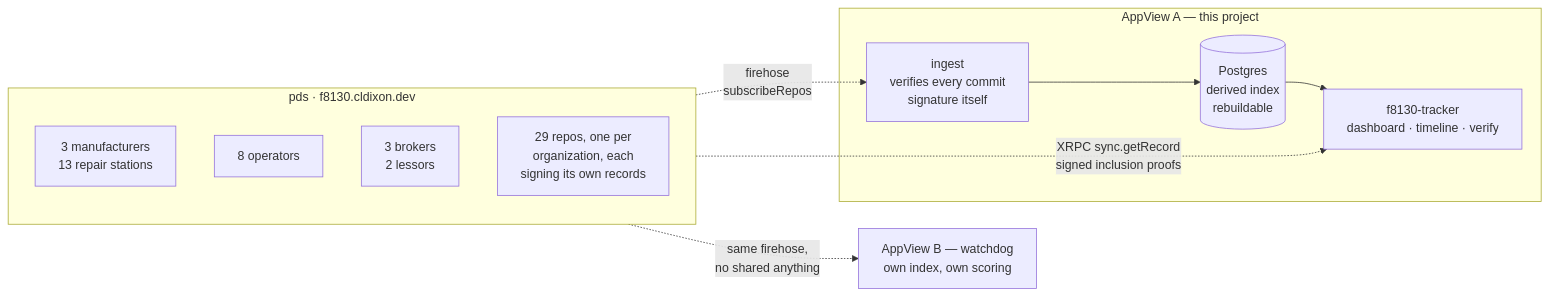
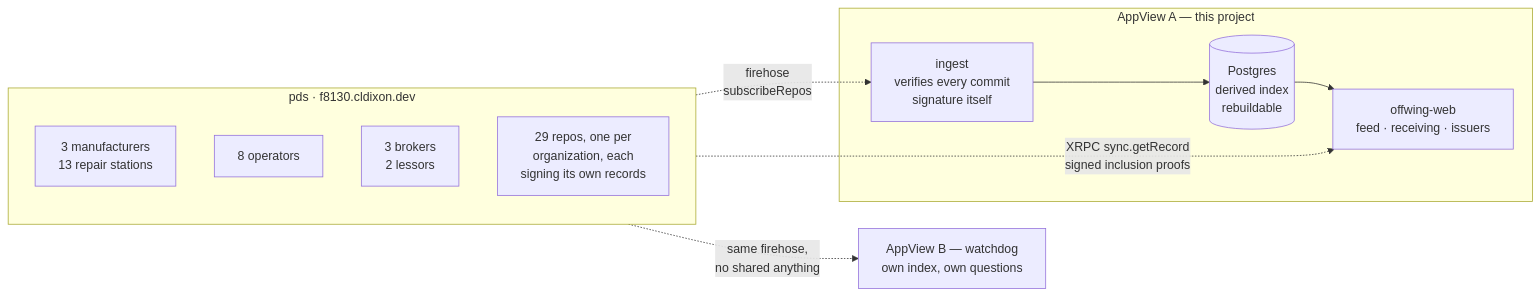
Before and after one commit to cldixon/f8130-tracker: the first of 3 diagrams in README.md, drawn with Mermaid. The commit also changed other lines of this file and 3 other files, not shown here.

````diff
--- a/README.md
+++ b/README.md
@@ -58,24 +130,24 @@
 ```mermaid
 flowchart LR
     subgraph pds["pds · f8130.cldixon.dev"]
         direction TB
         R1["3 manufacturers<br/>13 repair stations"]
         R2["8 operators"]
         R3["3 brokers<br/>2 lessors"]
         R4["29 repos, one per<br/>organization, each<br/>signing its own records"]
     end
 
     subgraph appview["AppView A — this project"]
         ING["ingest<br/>verifies every commit<br/>signature itself"]
         PG[("Postgres<br/>derived index<br/>rebuildable")]
-        WEB["f8130-tracker<br/>dashboard · timeline · verify"]
+        WEB["offwing-web<br/>feed · receiving · issuers"]
     end
 
-    WD["AppView B — watchdog<br/>own index, own scoring"]
+    WD["AppView B — watchdog<br/>own index, own questions"]
 
     pds -. "firehose<br/>subscribeRepos" .-> ING
     ING --> PG
     PG --> WEB
     pds -. "XRPC sync.getRecord<br/>signed inclusion proofs" .-> WEB
     pds -. "same firehose,<br/>no shared anything" .-> WD
 ```
````
